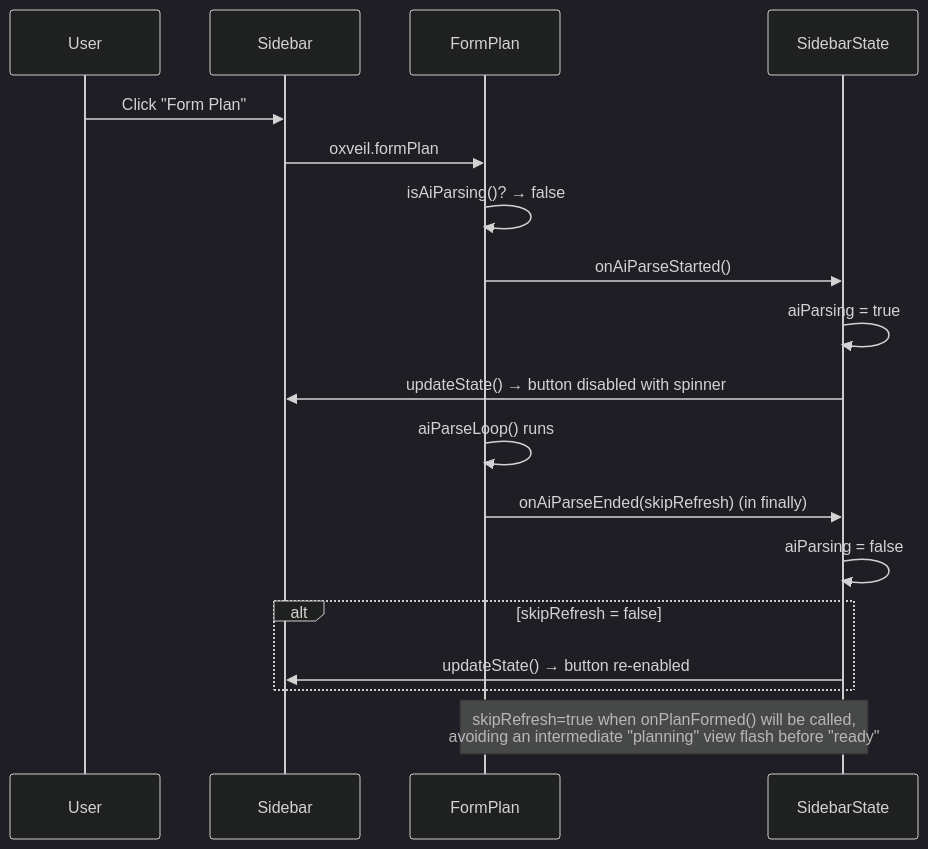
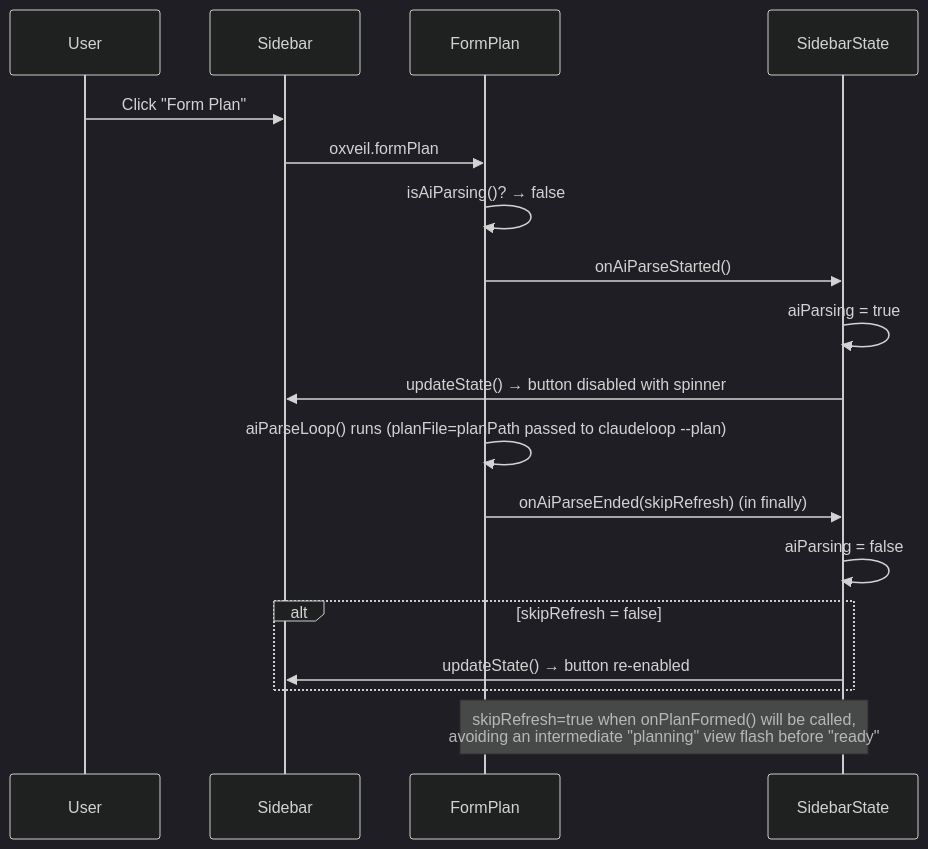
Before and after one commit to chmc/oxveil: the fourth of 6 diagrams in docs/workflow/states.md, drawn with Mermaid (dark theme). The commit also changed 5 other files, not shown here.

````diff
--- a/docs/workflow/states.md
+++ b/docs/workflow/states.md
@@ -243,21 +243,21 @@
 ```mermaid
 sequenceDiagram
     participant User
     participant Sidebar
     participant FormPlan
     participant SidebarState
 
     User->>Sidebar: Click "Form Plan"
     Sidebar->>FormPlan: oxveil.formPlan
     FormPlan->>FormPlan: isAiParsing()? → false
     FormPlan->>SidebarState: onAiParseStarted()
     SidebarState->>SidebarState: aiParsing = true
     SidebarState->>Sidebar: updateState() → button disabled with spinner
-    FormPlan->>FormPlan: aiParseLoop() runs
+    FormPlan->>FormPlan: aiParseLoop() runs (planFile=planPath passed to claudeloop --plan)
     FormPlan->>SidebarState: onAiParseEnded(skipRefresh) (in finally)
     SidebarState->>SidebarState: aiParsing = false
     alt skipRefresh = false
         SidebarState->>Sidebar: updateState() → button re-enabled
     end
     Note over FormPlan,SidebarState: skipRefresh=true when onPlanFormed() will be called,<br/>avoiding an intermediate "planning" view flash before "ready"
 ```
````
